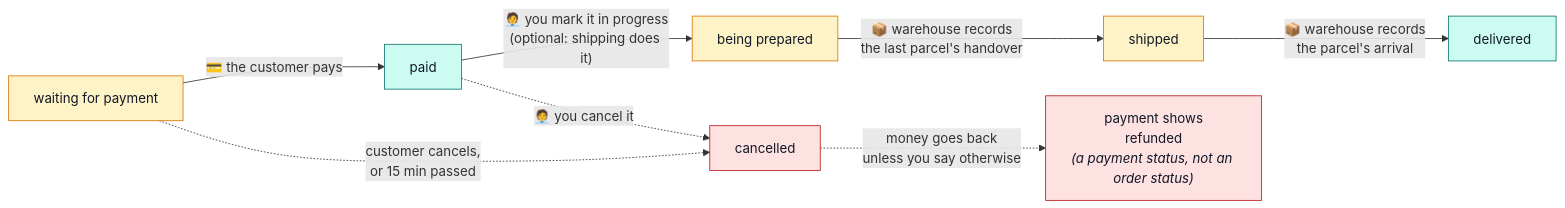
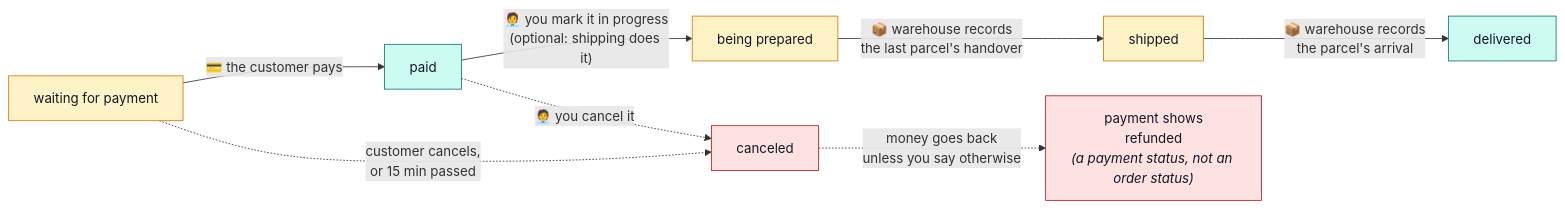
One commit to Guebbit/boilerplate-node-backend changed the first of 4 diagrams in docs/demo-ecommerce/manager.md. Above: the diagram before and after it, drawn with Mermaid. The commit also changed 301 other files, not shown here.

````diff
--- a/docs/demo-ecommerce/manager.md
+++ b/docs/demo-ecommerce/manager.md
@@ -20,18 +20,18 @@
 ```mermaid
 %%{init: {'flowchart': {'nodeSpacing': 30, 'rankSpacing': 55}}}%%
 flowchart LR
     P["waiting for payment"] -->|"💳 the customer pays"| PA["paid"]
     PA -->|"🧑‍💼 you mark it in progress<br/>(optional: shipping does it)"| PR["being prepared"]
     PR -->|"📦 warehouse records<br/>the last parcel's handover"| SH["shipped"]
     SH -->|"📦 warehouse records<br/>the parcel's arrival"| DE["delivered"]
-    P -.->|"customer cancels,<br/>or 15 min passed"| CA["cancelled"]
+    P -.->|"customer cancels,<br/>or 15 min passed"| CA["canceled"]
     PA -.->|"🧑‍💼 you cancel it"| CA
     CA -.->|"money goes back<br/>unless you say otherwise"| RF["payment shows<br/>refunded<br/><i>(a payment status, not an order status)</i>"]
 
     classDef open fill:#fef3c7,stroke:#d97706,color:#111827;
     classDef done fill:#ccfbf1,stroke:#0f766e,color:#111827;
     classDef bad fill:#fee2e2,stroke:#b91c1c,color:#111827;
     class P,PR,SH open;
     class PA,DE done;
     class CA,RF bad;
 ```
````
